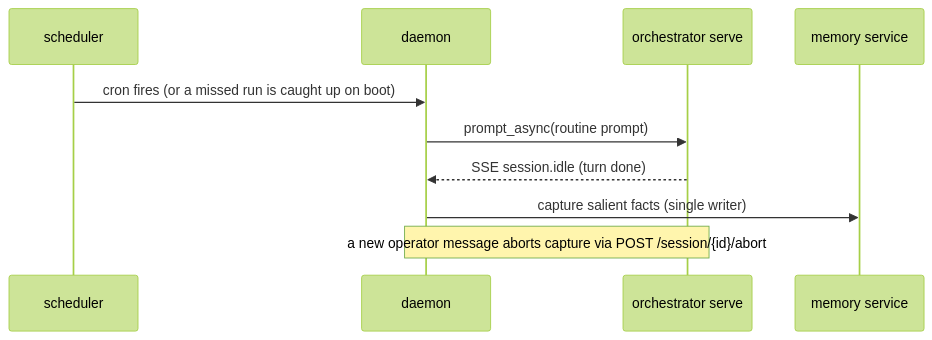
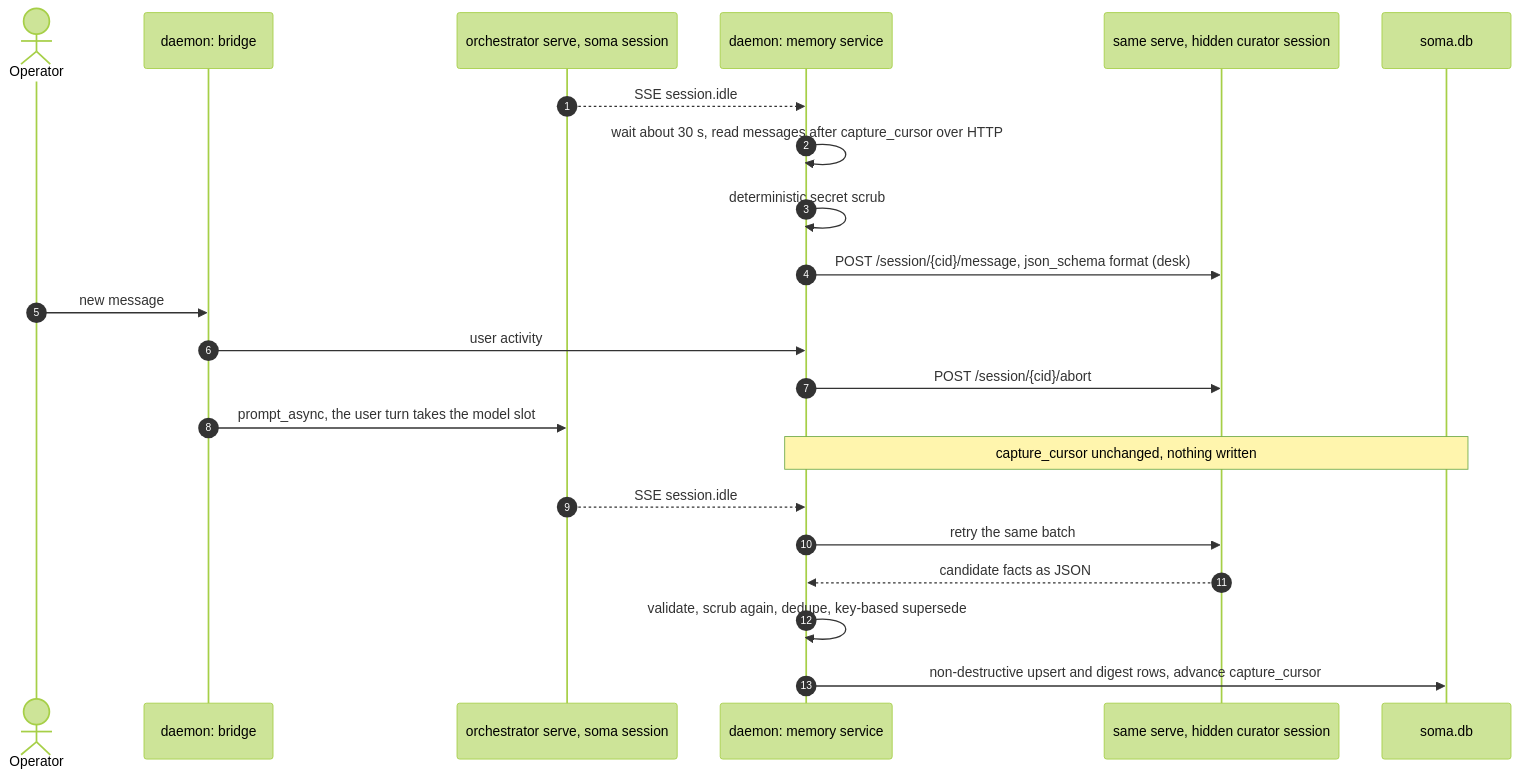
One commit to techfreakworm/claude-soma changed the fifth of 5 diagrams in research/opencode-soma/ARCHITECTURE.md. Above: the diagram before and after it, drawn with Mermaid (forest theme). The commit also changed other lines of this file, not shown here.

````diff
--- a/research/opencode-soma/ARCHITECTURE.md
+++ b/research/opencode-soma/ARCHITECTURE.md
@@ -163,12 +456,24 @@
 ```mermaid
 sequenceDiagram
-  participant S as scheduler
-  participant D as daemon
-  participant O as orchestrator serve
-  participant MEM as memory service
-  S->>D: cron fires (or a missed run is caught up on boot)
-  D->>O: prompt_async(routine prompt)
-  O-->>D: SSE session.idle (turn done)
-  D->>MEM: capture salient facts (single writer)
-  Note over D,O: a new operator message aborts capture via POST /session/{id}/abort
+    autonumber
+    actor U as Operator
+    participant B as daemon: bridge
+    participant O as orchestrator serve, soma session
+    participant M as daemon: memory service
+    participant C as same serve, hidden curator session
+    participant DB as soma.db
+    O-->>M: SSE session.idle
+    M->>M: wait about 30 s, read messages after capture_cursor over HTTP
+    M->>M: deterministic secret scrub
+    M->>C: POST /session/{cid}/message, json_schema format (desk)
+    U->>B: new message
+    B->>M: user activity
+    M->>C: POST /session/{cid}/abort
+    B->>O: prompt_async, the user turn takes the model slot
+    Note over M,DB: capture_cursor unchanged, nothing written
+    O-->>M: SSE session.idle
+    M->>C: retry the same batch
+    C-->>M: candidate facts as JSON
+    M->>M: validate, scrub again, dedupe, key-based supersede
+    M->>DB: non-destructive upsert and digest rows, advance capture_cursor
 ```
````
